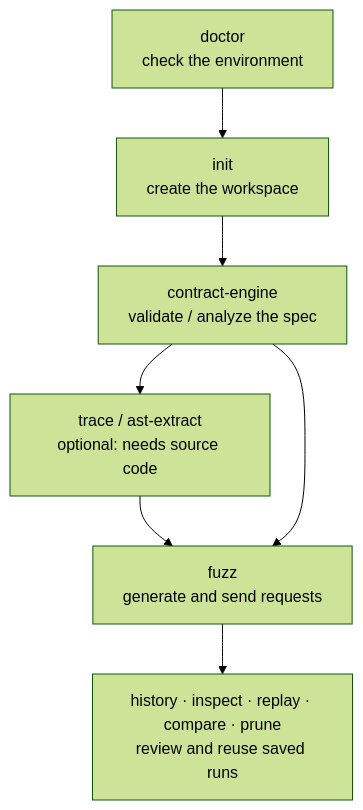
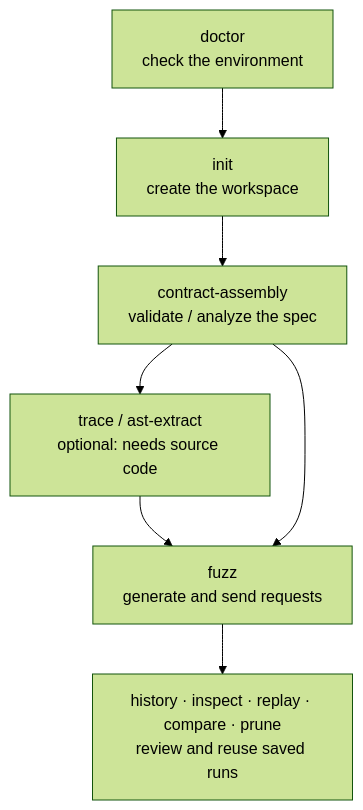
The second of 4 diagrams in docs/user-guide/concepts.md (Spec-Forge-Testing/specforge-docs), drawn with Mermaid (forest theme) before and after one commit. The commit also changed other lines of this file and 22 other files, not shown here.

Commit message:
docs(contract-assembly): the contract section is contract-assembly and ADR-064 records the rename

````diff
--- a/docs/user-guide/concepts.md
+++ b/docs/user-guide/concepts.md
@@ -53,9 +53,9 @@
 ```mermaid
 flowchart TD
     doctor[doctor<br/>check the environment] --> init[init<br/>create the workspace]
-    init --> ce[contract-engine<br/>validate / analyze the spec]
+    init --> ce[contract-assembly<br/>validate / analyze the spec]
     ce --> tr[trace / ast-extract<br/>optional: needs source code]
     tr --> fuzz[fuzz<br/>generate and send requests]
     ce --> fuzz
     fuzz --> hist[history · inspect · replay · compare · prune<br/>review and reuse saved runs]
 ```
````
